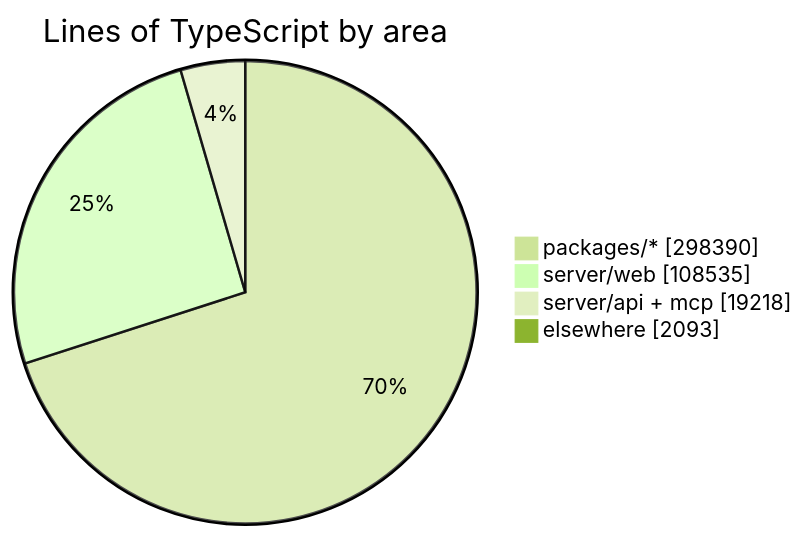
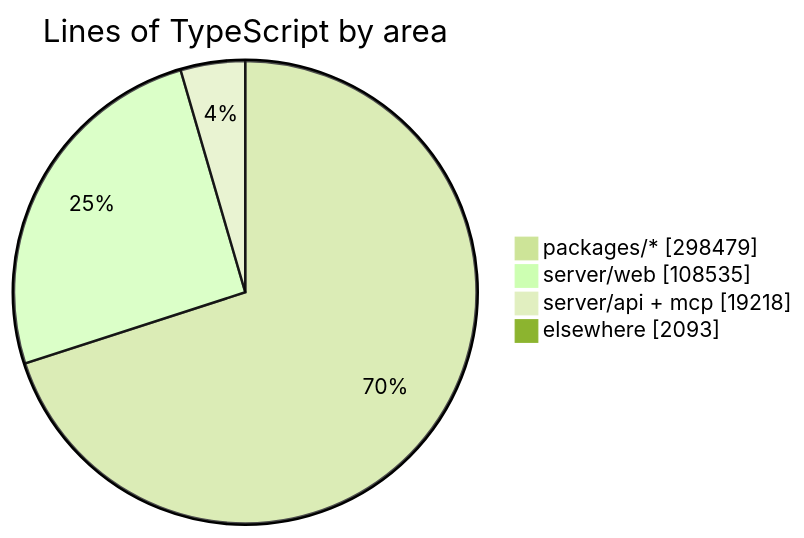
Before and after one commit to crossworks-engineering/mantle: the diagram in README.md, drawn with Mermaid (forest theme). The commit also changed other lines of this file and 2 other files, not shown here.

````diff
--- a/README.md
+++ b/README.md
@@ -294,7 +294,7 @@
 ```mermaid
 pie showData title Lines of TypeScript by area
-    "packages/*" : 298390
+    "packages/*" : 298479
     "server/web" : 108535
     "server/api + mcp" : 19218
     "elsewhere" : 2093
 ```
````
